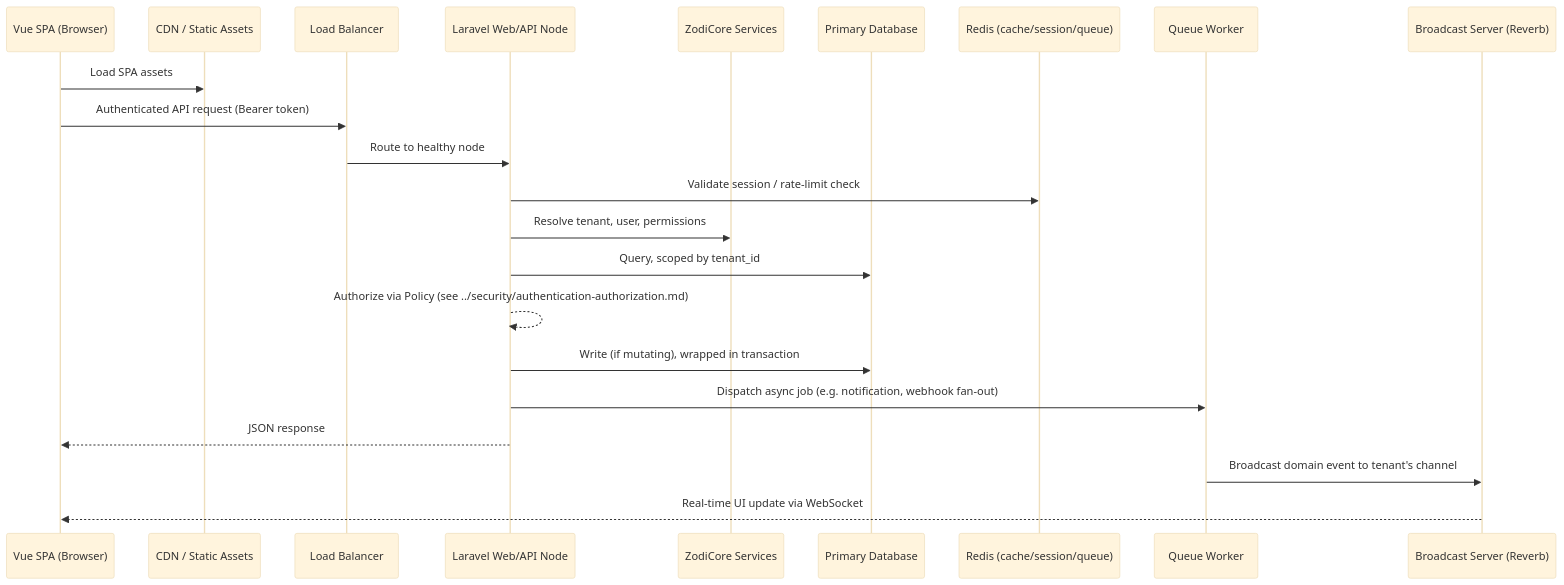
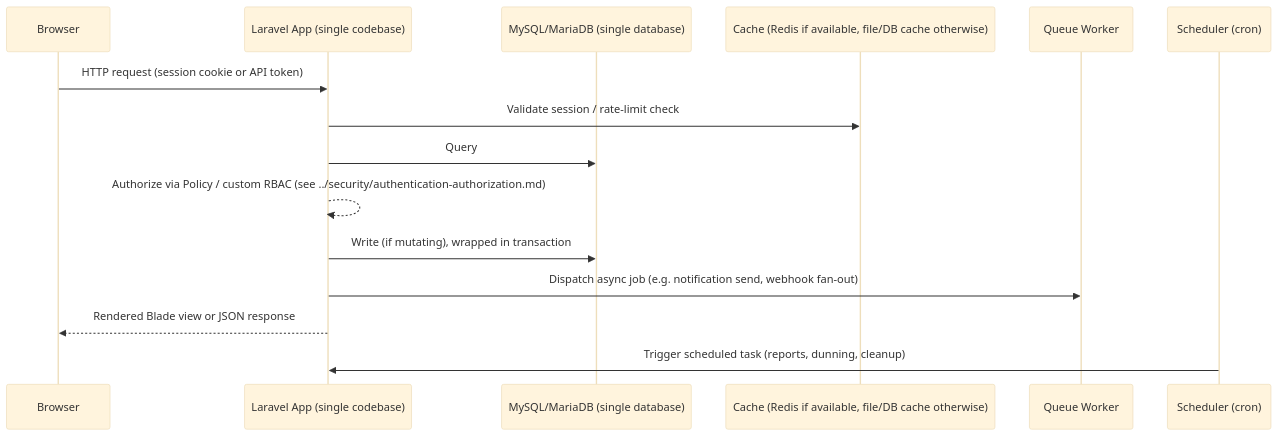
Before and after one commit to proweblaunch/zodize-products-plan: the diagram in docs/architecture/overview.md, drawn with Mermaid (base theme). The commit also changed other lines of this file and 14 other files, not shown here.

First line of the commit message:
Correct core architecture: standalone self-hosted products, not multi-tenant SaaS

````diff
--- a/docs/architecture/overview.md
+++ b/docs/architecture/overview.md
@@ -110,25 +148,18 @@
 ```mermaid
 sequenceDiagram
-    participant Browser as Vue SPA (Browser)
-    participant CDN as CDN / Static Assets
-    participant LB as Load Balancer
-    participant Web as Laravel Web/API Node
-    participant Core as ZodiCore Services
-    participant DB as Primary Database
-    participant Redis as Redis (cache/session/queue)
+    participant Browser
+    participant Web as Laravel App (single codebase)
+    participant DB as MySQL/MariaDB (single database)
+    participant Cache as Cache (Redis if available, file/DB cache otherwise)
     participant Queue as Queue Worker
-    participant WS as Broadcast Server (Reverb)
+    participant Cron as Scheduler (cron)
 
-    Browser->>CDN: Load SPA assets
-    Browser->>LB: Authenticated API request (Bearer token)
-    LB->>Web: Route to healthy node
-    Web->>Redis: Validate session / rate-limit check
-    Web->>Core: Resolve tenant, user, permissions
-    Web->>DB: Query, scoped by tenant_id
-    Web-->>Web: Authorize via Policy (see ../security/authentication-authorization.md)
+    Browser->>Web: HTTP request (session cookie or API token)
+    Web->>Cache: Validate session / rate-limit check
+    Web->>DB: Query
+    Web-->>Web: Authorize via Policy / custom RBAC (see ../security/authentication-authorization.md)
     Web->>DB: Write (if mutating), wrapped in transaction
-    Web->>Queue: Dispatch async job (e.g. notification, webhook fan-out)
-    Web-->>Browser: JSON response
-    Queue->>WS: Broadcast domain event to tenant's channel
-    WS-->>Browser: Real-time UI update via WebSocket
+    Web->>Queue: Dispatch async job (e.g. notification send, webhook fan-out)
+    Web-->>Browser: Rendered Blade view or JSON response
+    Cron->>Web: Trigger scheduled task (reports, dunning, cleanup)
 ```
````
